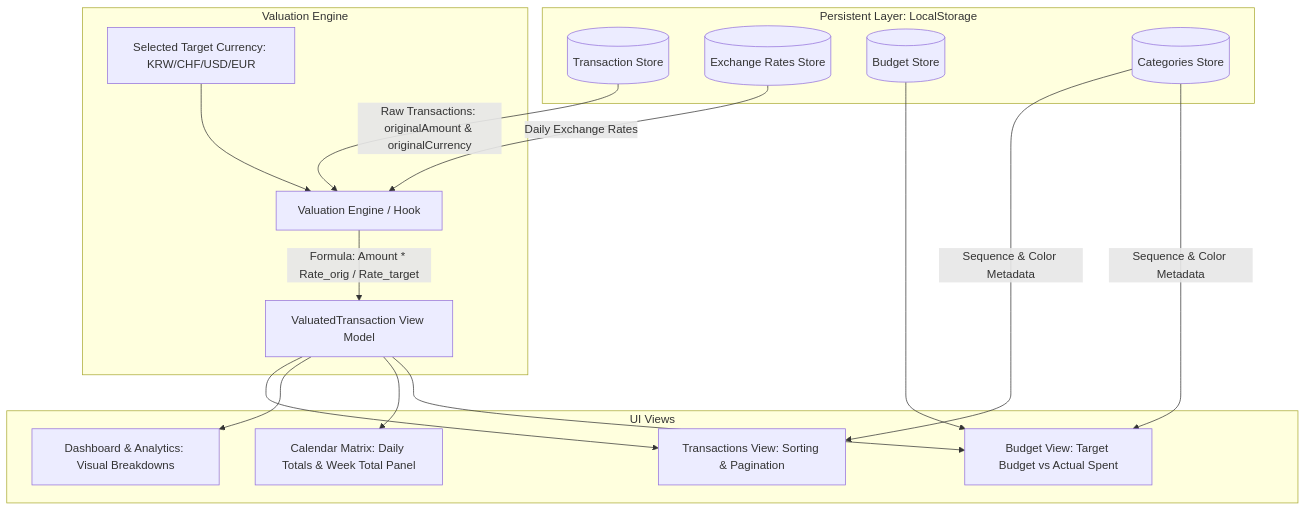
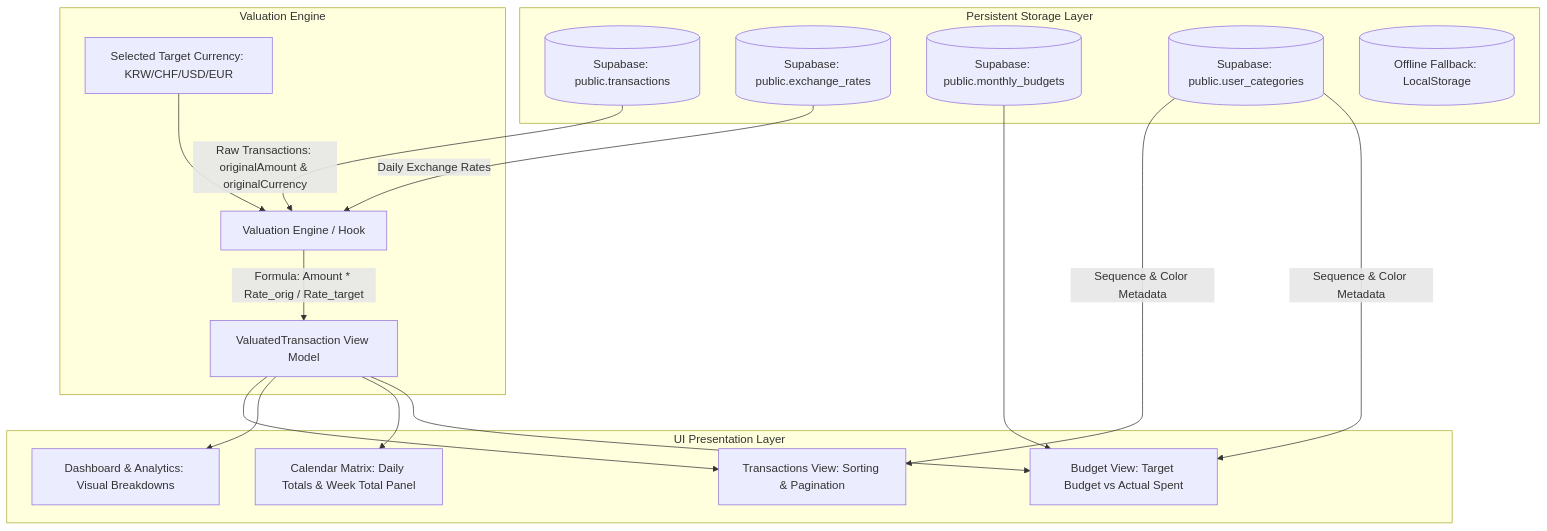
The diagram in README.md (mirecodes/tallyon), drawn with Mermaid before and after one commit. The commit also changed other lines of this file and 14 other files, not shown here.

````diff
--- a/README.md
+++ b/README.md
@@ -170,27 +214,28 @@
 ```mermaid
 flowchart TD
-    subgraph Storage [Persistent Layer: LocalStorage]
-        A[(Transaction Store)]
-        B[(Exchange Rates Store)]
-        C[(Budget Store)]
-        D[(Categories Store)]
+    subgraph Storage [Persistent Storage Layer]
+        A[(Supabase: public.transactions)]
+        B[(Supabase: public.exchange_rates)]
+        C[(Supabase: public.monthly_budgets)]
+        D[(Supabase: public.user_categories)]
+        Fallback[(Offline Fallback: LocalStorage)]
     end
 
     subgraph Valuation [Valuation Engine]
         A -->|Raw Transactions: originalAmount & originalCurrency| E[Valuation Engine / Hook]
         B -->|Daily Exchange Rates| E
         Target[Selected Target Currency: KRW/CHF/USD/EUR] --> E
         
         E -->|Formula: Amount * Rate_orig / Rate_target| F[ValuatedTransaction View Model]
     end
 
-    subgraph Presentation [UI Views]
+    subgraph Presentation [UI Presentation Layer]
         F --> G[Transactions View: Sorting & Pagination]
         F --> H[Dashboard & Analytics: Visual Breakdowns]
         F --> I[Calendar Matrix: Daily Totals & Week Total Panel]
         C --> J[Budget View: Target Budget vs Actual Spent]
         F --> J
         D -->|Sequence & Color Metadata| G
         D -->|Sequence & Color Metadata| J
     end
 ```
````
